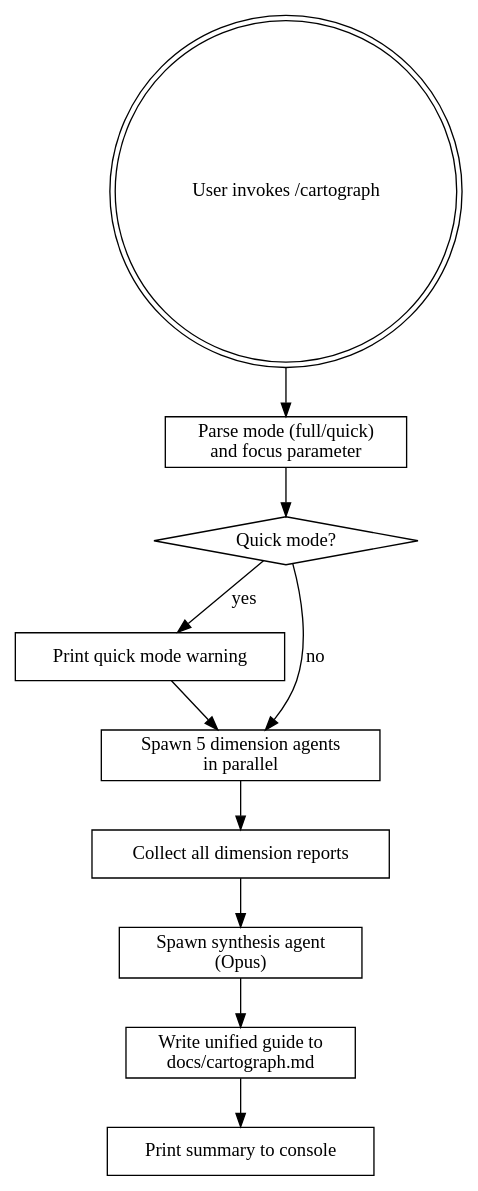
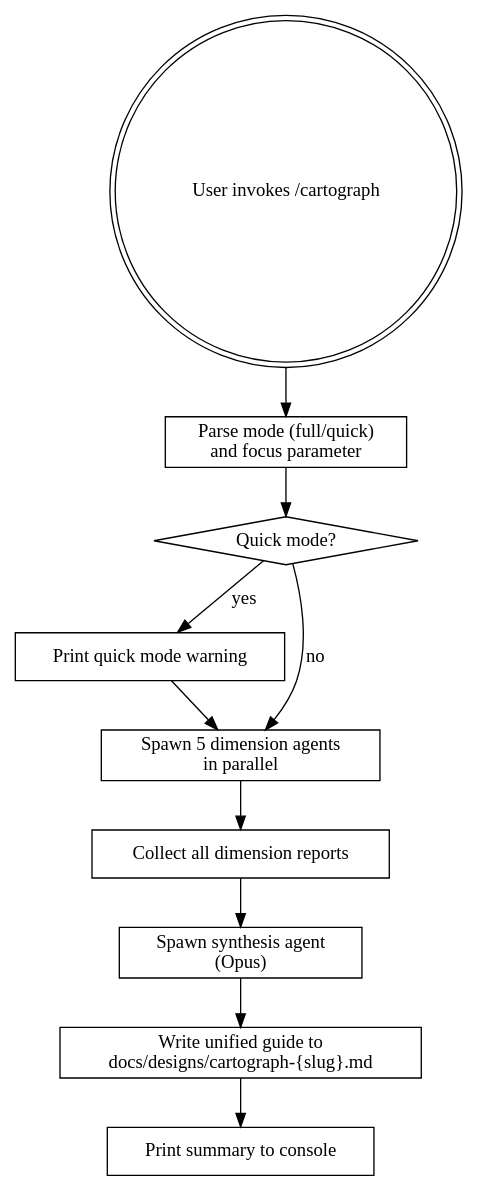
One commit to KwanwooLee36/dispatch changed the diagram in skills/cartograph/SKILL.md. Above: the diagram before and after it, drawn with Graphviz. The commit also changed other lines of this file and 7 other files, not shown here.

First line of the commit message:
feat: consolidate all skill outputs to docs/designs/ as single write location

````diff
--- a/skills/cartograph/SKILL.md
+++ b/skills/cartograph/SKILL.md
@@ -37,26 +37,26 @@
 ```dot
 digraph cartograph_flow {
     rankdir=TB;
     node [shape=box];
 
     start [label="User invokes /cartograph" shape=doublecircle];
     parse [label="Parse mode (full/quick)\nand focus parameter"];
     warning [label="Quick mode?" shape=diamond];
     print_warning [label="Print quick mode warning"];
     dispatch [label="Spawn 5 dimension agents\nin parallel"];
     collect [label="Collect all dimension reports"];
     synthesis [label="Spawn synthesis agent\n(Opus)"];
-    write [label="Write unified guide to\ndocs/cartograph.md"];
+    write [label="Write unified guide to\ndocs/designs/cartograph-{slug}.md"];
     console [label="Print summary to console"];
 
     start -> parse;
     parse -> warning;
     warning -> print_warning [label="yes"];
     warning -> dispatch [label="no"];
     print_warning -> dispatch;
     dispatch -> collect;
     collect -> synthesis;
     synthesis -> write;
     write -> console;
 }
 ```
````
